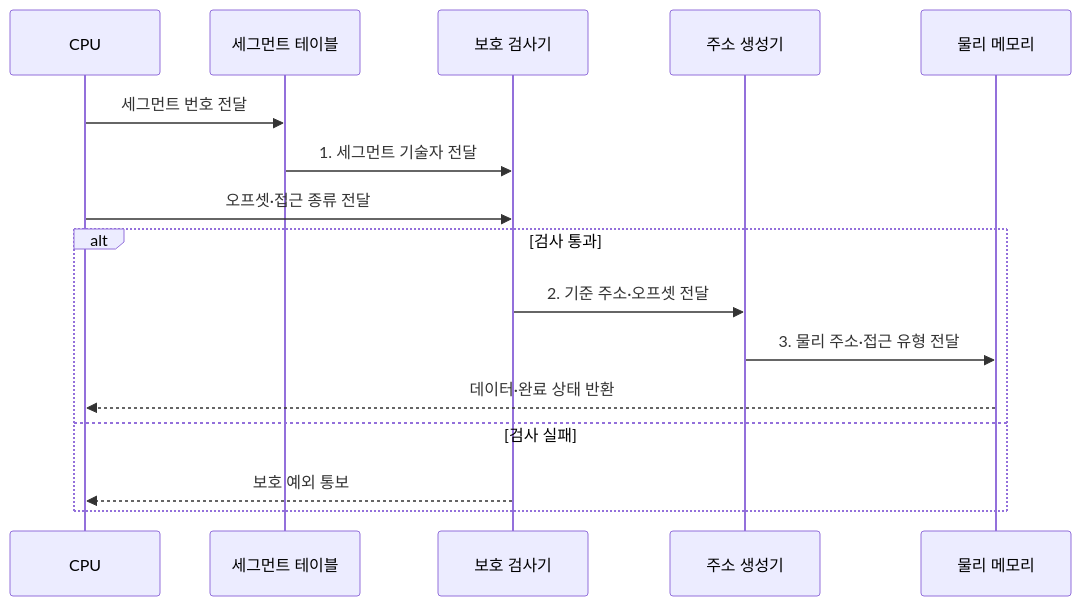
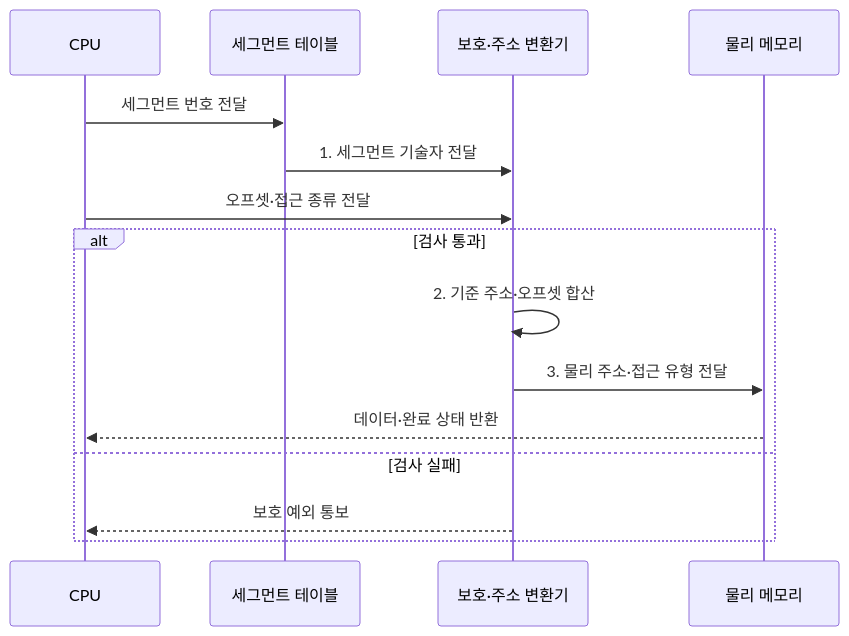
Before and after one commit to agnusdei1207/knowledge-base: the second of 2 diagrams in src/content/docs/notes/02-hardware/019_segmentation.md, drawn with Mermaid. The commit also changed other lines of this file and 1 other file, not shown here.

Commit message:
Clarify memory management flows

````diff
--- a/src/content/docs/notes/02-hardware/019_segmentation.md
+++ b/src/content/docs/notes/02-hardware/019_segmentation.md
@@ -90,18 +90,17 @@
 ```mermaid
 sequenceDiagram
     participant C as CPU
     participant T as 세그먼트 테이블
-    participant P as 보호 검사기
-    participant G as 주소 생성기
+    participant P as 보호·주소 변환기
     participant M as 물리 메모리
     C->>T: 세그먼트 번호 전달
     T->>P: 1. 세그먼트 기술자 전달
     C->>P: 오프셋·접근 종류 전달
     alt 검사 통과
-        P->>G: 2. 기준 주소·오프셋 전달
-        G->>M: 3. 물리 주소·접근 유형 전달
+        P->>P: 2. 기준 주소·오프셋 합산
+        P->>M: 3. 물리 주소·접근 유형 전달
         M-->>C: 데이터·완료 상태 반환
     else 검사 실패
         P-->>C: 보호 예외 통보
     end
 ```
````
